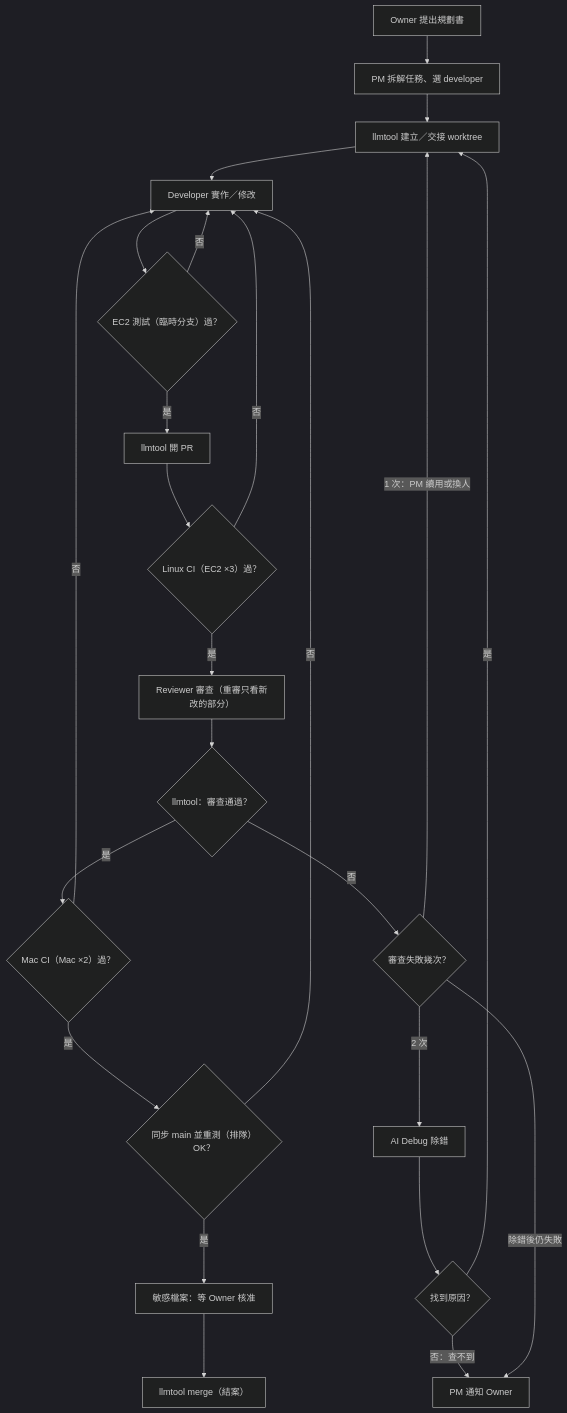
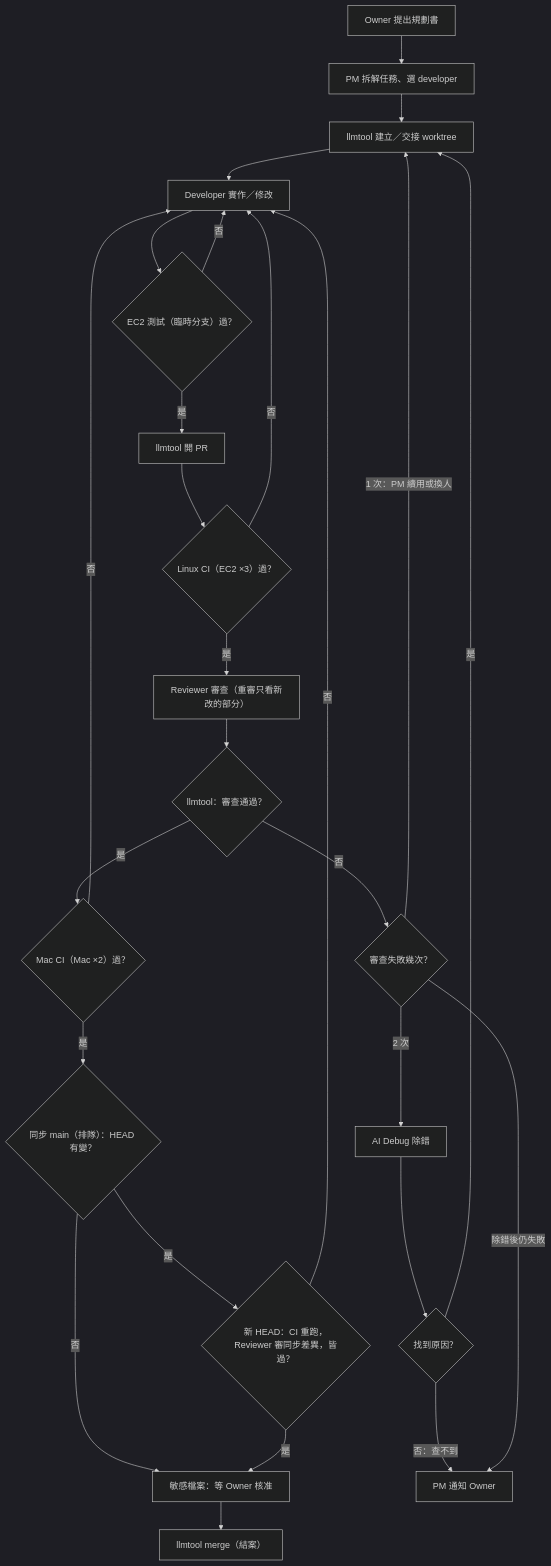
One commit to davidcatcat/davidcattoolsproject changed the third of 3 diagrams in docs/reports/llmtool-hub-architecture-final-20261106.md. Above: the diagram before and after it, drawn with Mermaid (dark theme). The commit also changed other lines of this file, not shown here.

````diff
--- a/docs/reports/llmtool-hub-architecture-final-20261106.md
+++ b/docs/reports/llmtool-hub-architecture-final-20261106.md
@@ -104,26 +111,28 @@
 ```mermaid
 flowchart TD
     A["Owner 提出規劃書"] --> B["PM 拆解任務、選 developer"]
     B --> C["llmtool 建立／交接 worktree"]
     C --> D["Developer 實作／修改"]
     D --> E{"EC2 測試（臨時分支）過？"}
     E -- 否 --> D
     E -- 是 --> F["llmtool 開 PR"]
     F --> G{"Linux CI（EC2 ×3）過？"}
     G -- 否 --> D
     G -- 是 --> H["Reviewer 審查（重審只看新改的部分）"]
     H --> I{"llmtool：審查通過？"}
     I -- 是 --> J{"Mac CI（Mac ×2）過？"}
     J -- 否 --> D
-    J -- 是 --> K{"同步 main 並重測（排隊）OK？"}
-    K -- 否 --> D
-    K -- 是 --> S["敏感檔案：等 Owner 核准"]
+    J -- 是 --> K{"同步 main（排隊）：HEAD 有變？"}
+    K -- 否 --> S["敏感檔案：等 Owner 核准"]
+    K -- 是 --> R{"新 HEAD：CI 重跑，Reviewer 審同步差異，皆過？"}
+    R -- 否 --> D
+    R -- 是 --> S
     S --> M["llmtool merge（結案）"]
     I -- 否 --> N{"審查失敗幾次？"}
     N -- "1 次：PM 續用或換人" --> C
     N -- 2 次 --> O["AI Debug 除錯"]
     O --> P{"找到原因？"}
     P -- 是 --> C
     P -- 否：查不到 --> Q["PM 通知 Owner"]
     N -- 除錯後仍失敗 --> Q
 ```
````
